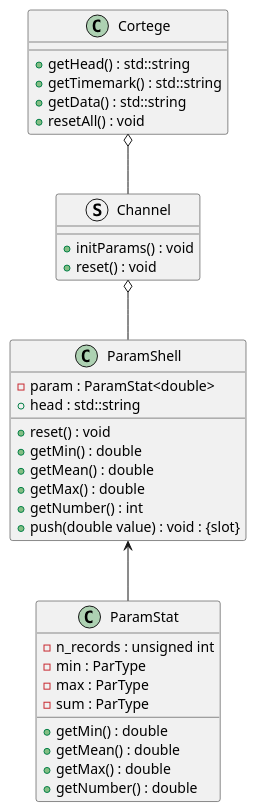
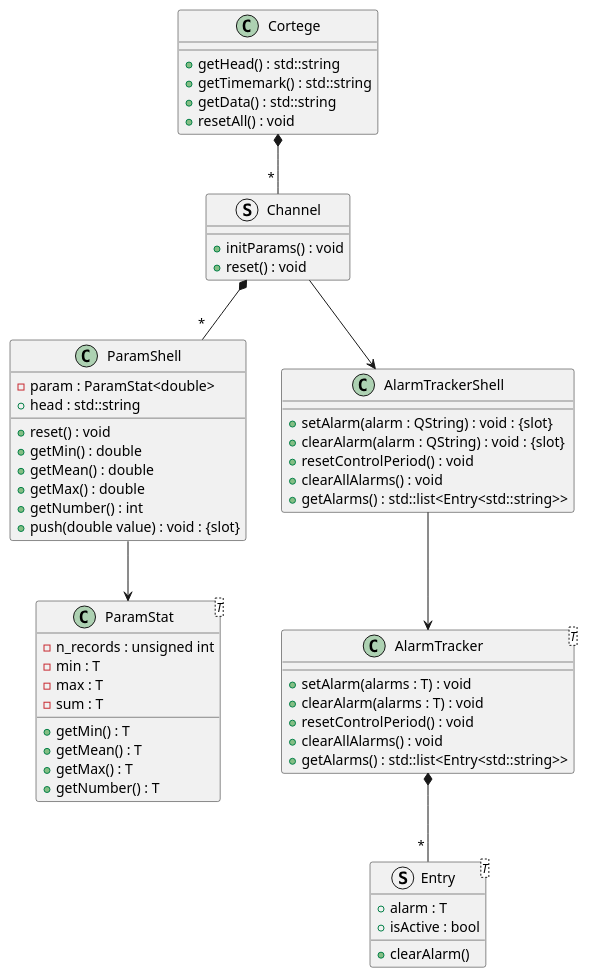
The diagram in CortegeClassDiagram.wsd (gpicugin/Diagrams), drawn with PlantUML before and after one commit. The commit also changed 2 other files, not shown here.

```diff
--- a/CortegeClassDiagram.wsd
+++ b/CortegeClassDiagram.wsd
@@ -1,54 +1,85 @@
 @startuml CortegeClassDiagram
 
 class Cortege {
     + getHead() : std::string
     + getTimemark() : std::string
     + getData() : std::string
     + resetAll() : void
 }
 
 struct Channel {
     + initParams() : void
     + reset() : void
 }
 
 
 class ParamShell {
     - param : ParamStat<double>
     + head : std::string
     + reset() : void
     + getMin() : double
     + getMean() : double
     + getMax() : double
     + getNumber() : int
     + push(double value) : void : {slot}
 }
 
-class ParamStat {
+class ParamStat<T> {
     - n_records : unsigned int
-    - min : ParType
-    - max : ParType
-    - sum : ParType
-
-    + getMin() : double
-    + getMean() : double
-    + getMax() : double
-    + getNumber() : double
+    - min : T
+    - max : T
+    - sum : T
+    + getMin() : T
+    + getMean() : T
+    + getMax() : T
+    + getNumber() : T
 }
 
-Cortege o-- Channel
+class AlarmTrackerShell {
+    + setAlarm(alarm : QString) : void : {slot}
+    + clearAlarm(alarm : QString) : void : {slot}
+    + resetControlPeriod() : void
+    + clearAllAlarms() : void
+    + getAlarms() : std::list<Entry<std::string>>
+}
 
-Channel o-- ParamShell
+class AlarmTracker<T> {
+    + setAlarm(alarms : T) : void
+    + clearAlarm(alarms : T) : void
+    + resetControlPeriod() : void
+    + clearAllAlarms() : void
+    + getAlarms() : std::list<Entry<std::string>>
 
-ParamShell <-- ParamStat
+}
+
+struct Entry<T> {
+    + alarm : T
+    + isActive : bool
+    + clearAlarm()
+}
+
+
+
+Cortege *-- " * " Channel
+
+Channel *-- " * " ParamShell
+
+Channel --> AlarmTrackerShell
+
+ParamShell --> ParamStat
+
+AlarmTrackerShell --> AlarmTracker
+
+AlarmTracker *-- " * " Entry
+
 
 
 
 
 
 
 
 
 
 
 @enduml
```
